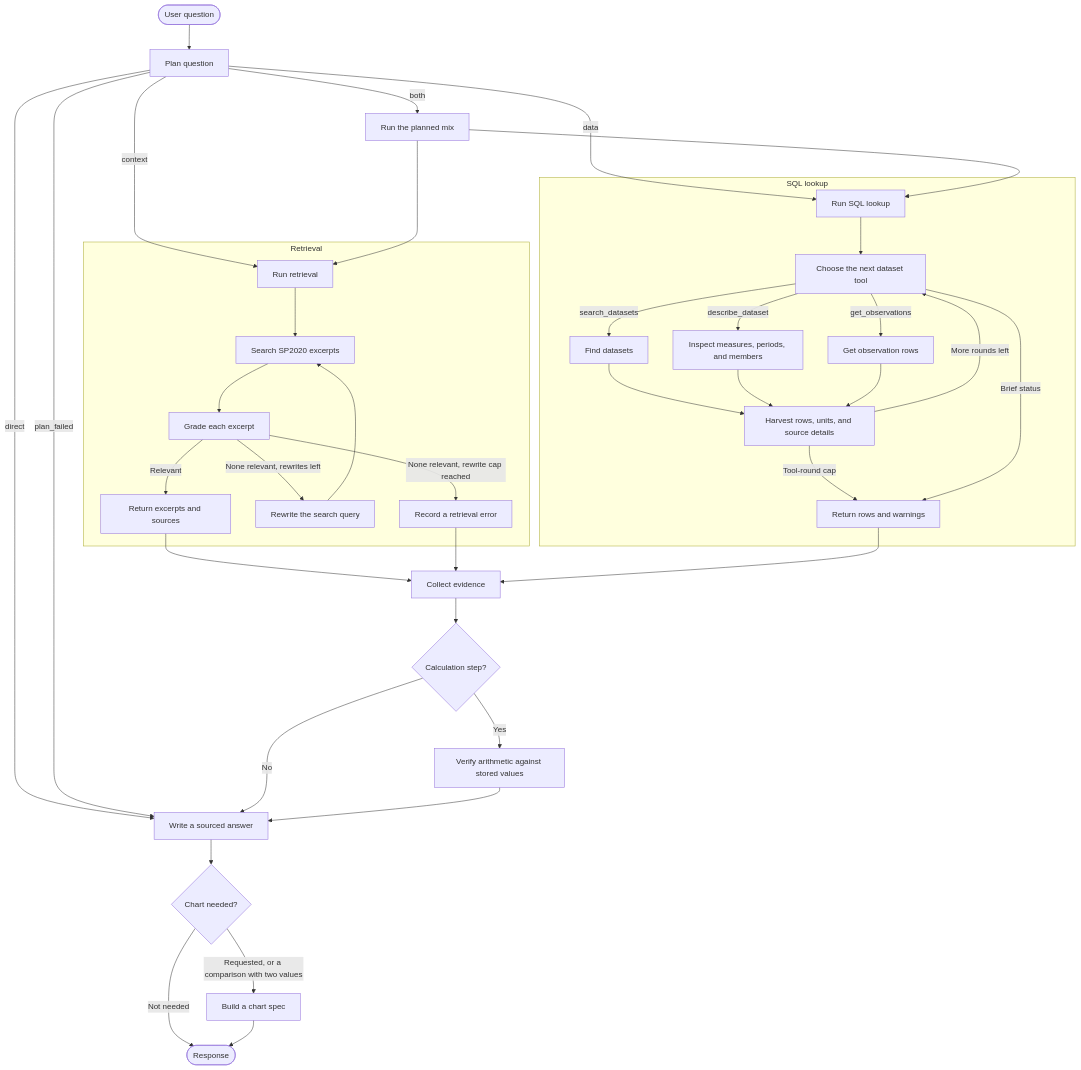
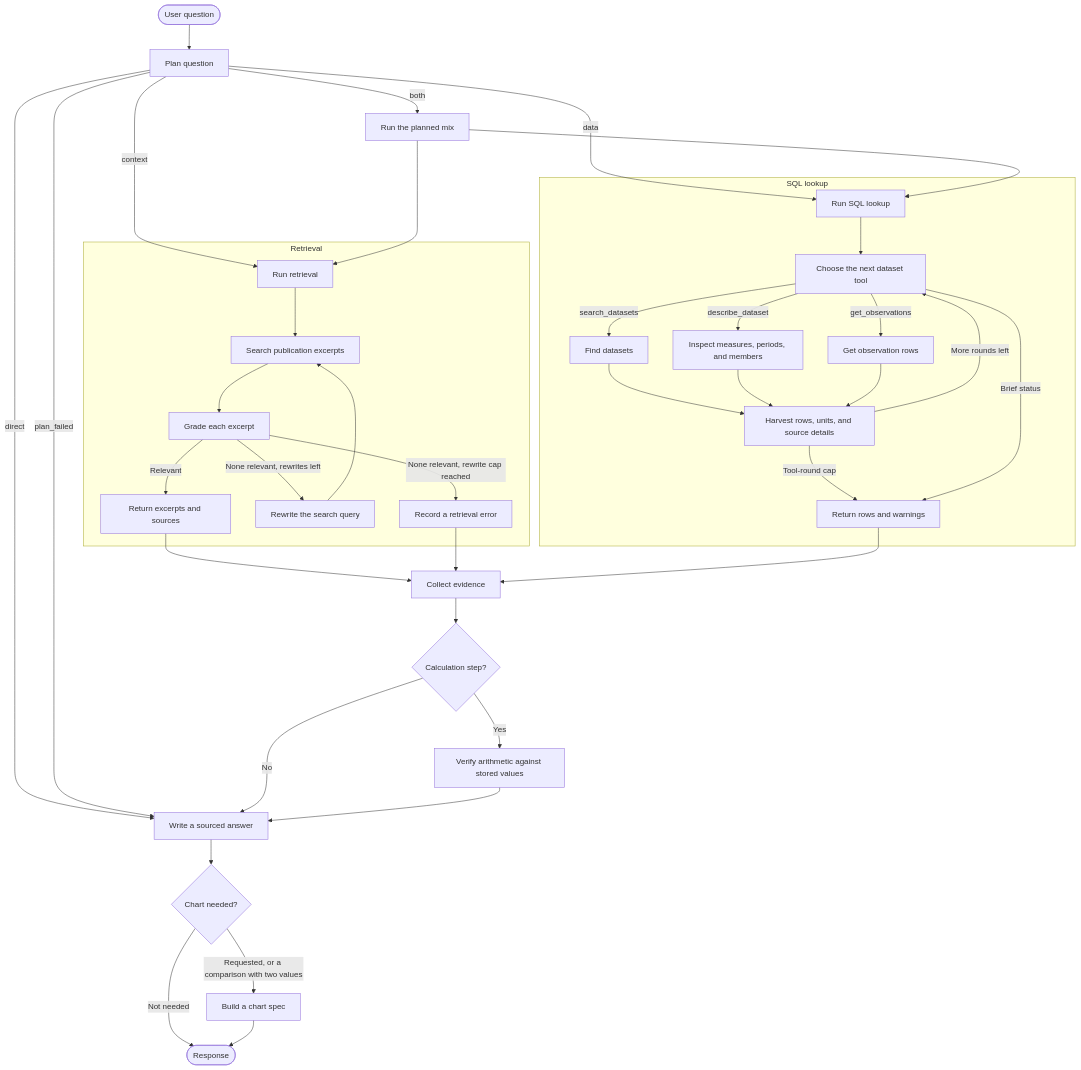
Before and after one commit to aprirachmadi/tilik-agent: the diagram in README.md, drawn with Mermaid. The commit also changed other lines of this file and 30 other files, not shown here.

````diff
--- a/README.md
+++ b/README.md
@@ -67,49 +67,49 @@
 ```mermaid
 flowchart TD
     START([User question]) --> PLAN[Plan question]
 
     PLAN -->|context| R[Run retrieval]
     PLAN -->|data| S[Run SQL lookup]
     PLAN -->|both| MIX[Run the planned mix]
     PLAN -->|direct| ANSWER[Write a sourced answer]
     PLAN -->|plan_failed| ANSWER
 
     MIX --> R
     MIX --> S
 
     subgraph retrieval [Retrieval]
-        R --> SEARCH[Search SP2020 excerpts]
+        R --> SEARCH[Search publication excerpts]
         SEARCH --> GRADE[Grade each excerpt]
         GRADE -->|Relevant| RDOC[Return excerpts and sources]
         GRADE -->|None relevant, rewrites left| REWRITE[Rewrite the search query]
         REWRITE --> SEARCH
         GRADE -->|None relevant, rewrite cap reached| RERR[Record a retrieval error]
     end
 
     subgraph sql_lookup [SQL lookup]
         S --> AGENT[Choose the next dataset tool]
         AGENT -->|search_datasets| FIND[Find datasets]
         AGENT -->|describe_dataset| DESCRIBE[Inspect measures, periods, and members]
         AGENT -->|get_observations| VALUES[Get observation rows]
         FIND --> HARVEST[Harvest rows, units, and source details]
         DESCRIBE --> HARVEST
         VALUES --> HARVEST
         HARVEST -->|More rounds left| AGENT
         HARVEST -->|Tool-round cap| SDATA[Return rows and warnings]
         AGENT -->|Brief status| SDATA
     end
 
     RDOC --> COLLECT[Collect evidence]
     RERR --> COLLECT
     SDATA --> COLLECT
 
     COLLECT --> CALC{Calculation step?}
     CALC -->|Yes| VERIFY[Verify arithmetic against stored values]
     CALC -->|No| ANSWER
     VERIFY --> ANSWER
 
     ANSWER --> CHART{Chart needed?}
     CHART -->|Requested, or a comparison with two values| VIS[Build a chart spec]
     CHART -->|Not needed| RESP([Response])
     VIS --> RESP
 ```
````
